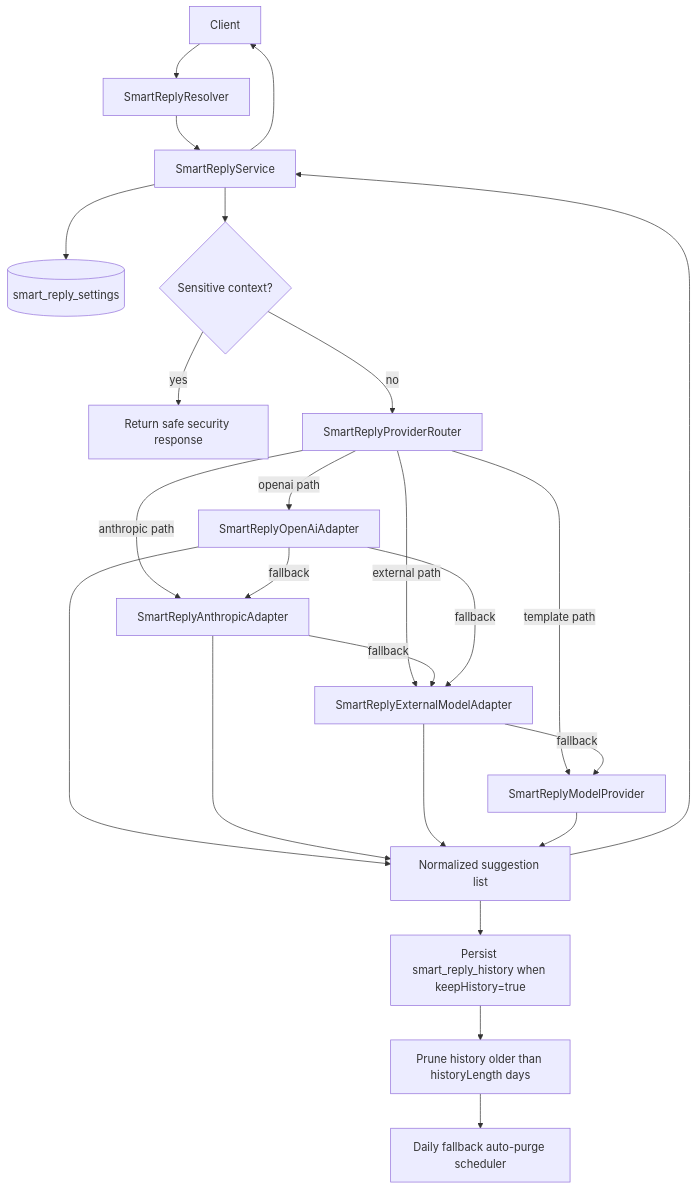
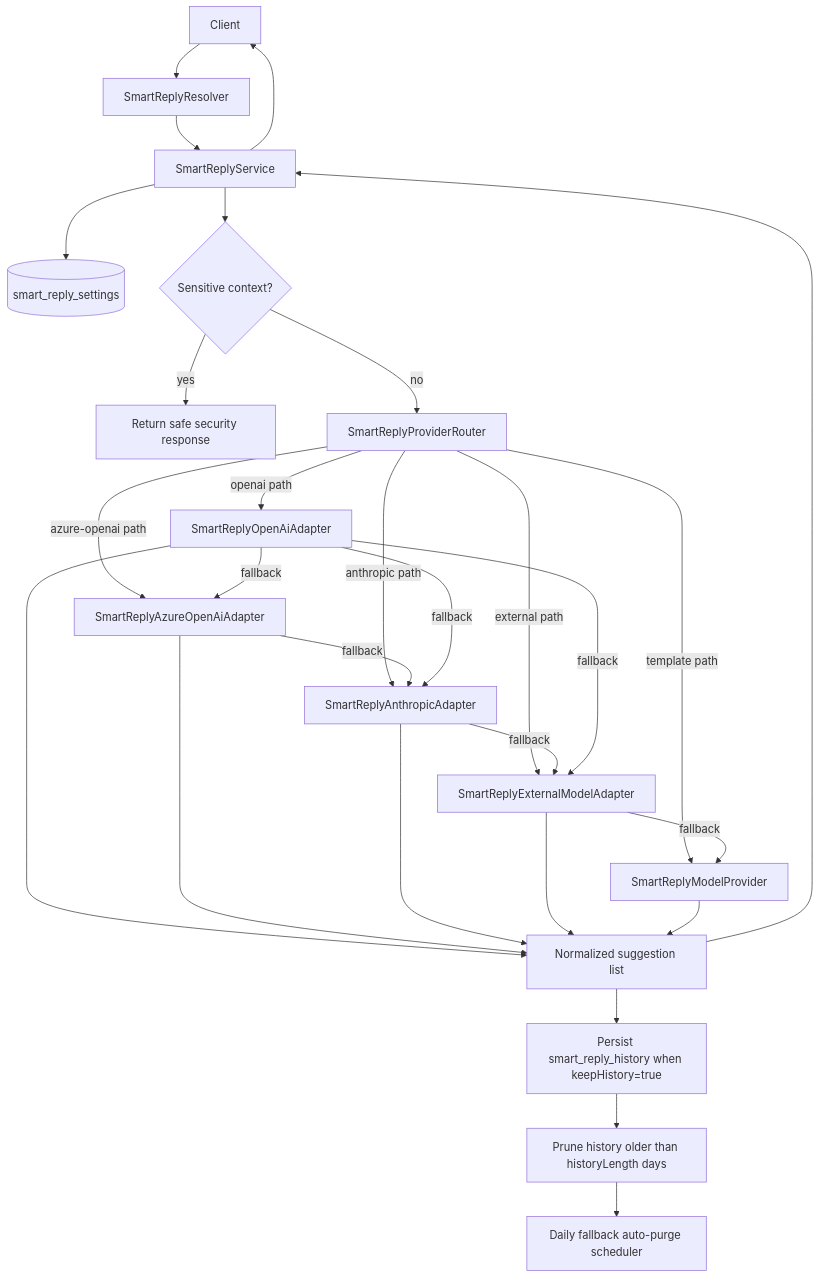
The diagram in apps/backend/src/smart-replies/README.md (AmanVatsSharma/MailZen-Smart-Email-Management), drawn with Mermaid before and after one commit. The commit also changed other lines of this file and 8 other files, not shown here.

Commit message:
Add Azure OpenAI smart-reply provider adapter

````diff
--- a/apps/backend/src/smart-replies/README.md
+++ b/apps/backend/src/smart-replies/README.md
@@ -35,26 +36,30 @@
 ```mermaid
 flowchart TD
   Client --> Resolver[SmartReplyResolver]
   Resolver --> Service[SmartReplyService]
   Service --> Settings[(smart_reply_settings)]
   Service --> Safety{Sensitive context?}
   Safety -->|yes| SafeReply[Return safe security response]
   Safety -->|no| ProviderRouter[SmartReplyProviderRouter]
   ProviderRouter -->|openai path| OpenAIAdapter[SmartReplyOpenAiAdapter]
+  ProviderRouter -->|azure-openai path| AzureOpenAIAdapter[SmartReplyAzureOpenAiAdapter]
   ProviderRouter -->|anthropic path| AnthropicAdapter[SmartReplyAnthropicAdapter]
   ProviderRouter -->|external path| ExternalAdapter[SmartReplyExternalModelAdapter]
   ProviderRouter -->|template path| ModelProvider[SmartReplyModelProvider]
+  OpenAIAdapter -->|fallback| AzureOpenAIAdapter
+  AzureOpenAIAdapter -->|fallback| AnthropicAdapter
   OpenAIAdapter -->|fallback| AnthropicAdapter
   AnthropicAdapter -->|fallback| ExternalAdapter
   OpenAIAdapter -->|fallback| ExternalAdapter
   OpenAIAdapter --> Suggestions[Normalized suggestion list]
+  AzureOpenAIAdapter --> Suggestions[Normalized suggestion list]
   AnthropicAdapter --> Suggestions[Normalized suggestion list]
   ExternalAdapter -->|fallback| ModelProvider
   ExternalAdapter --> Suggestions[Normalized suggestion list]
   ModelProvider --> Suggestions
   Suggestions --> History[Persist smart_reply_history when keepHistory=true]
   History --> Retention[Prune history older than historyLength days]
   Retention --> Scheduler[Daily fallback auto-purge scheduler]
   Suggestions --> Service
   Service --> Client
 ```
````
